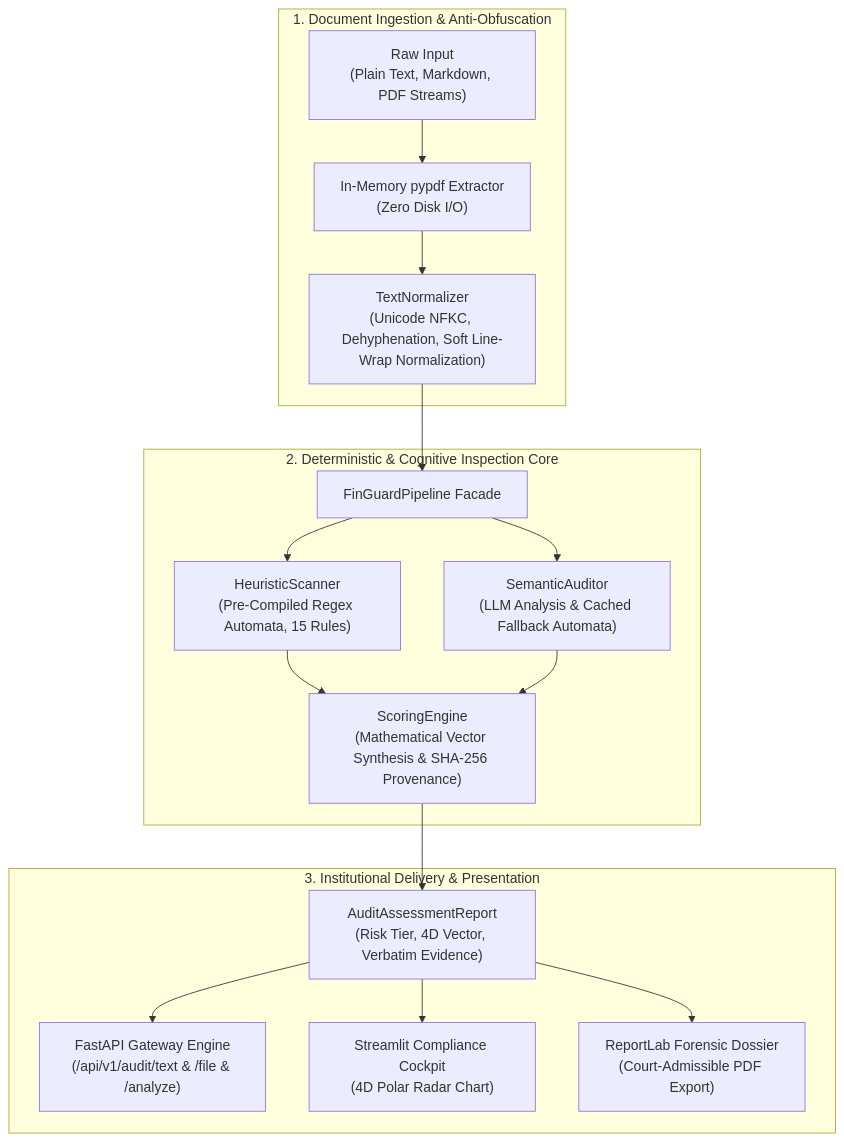
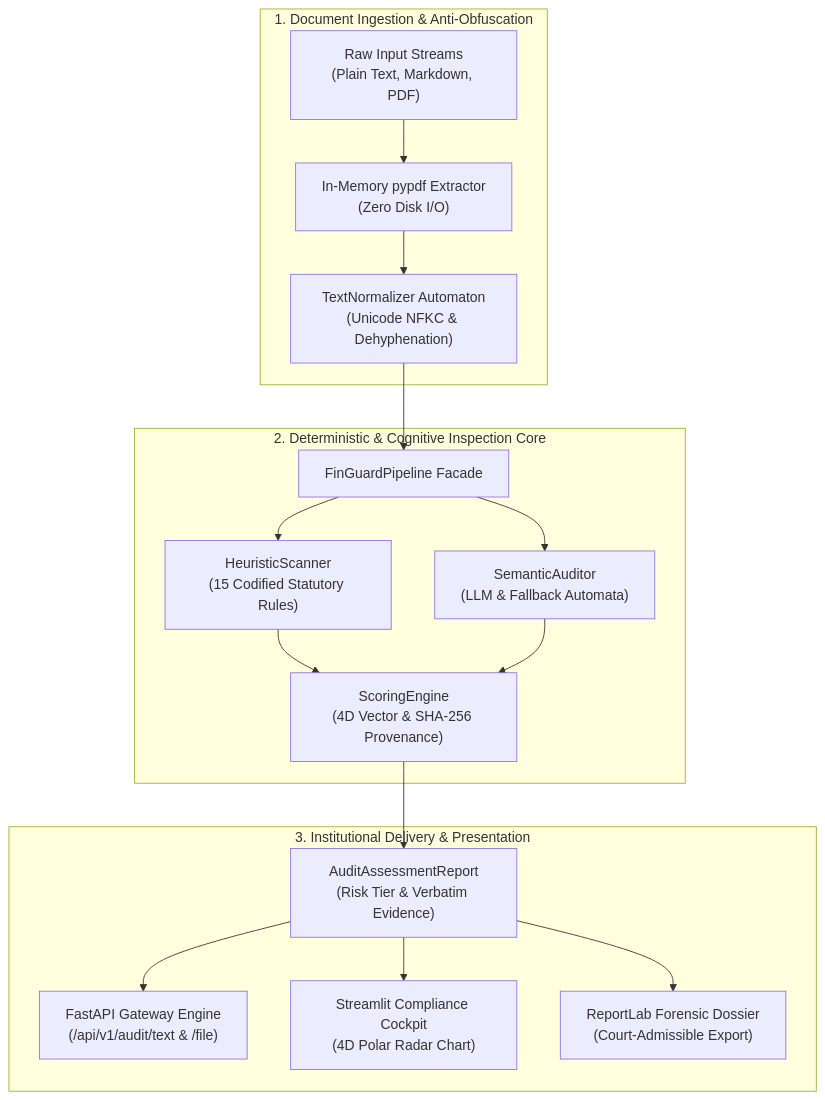
One commit to nnn14092004-cyber/finguard-ai changed the second of 2 diagrams in README.md. Above: the diagram before and after it, drawn with Mermaid. The commit also changed other lines of this file and 1 other file, not shown here.

Commit message:
style(docs): optimize mermaid layout and resolve KaTeX text overflow

````diff
--- a/README.md
+++ b/README.md
@@ -102,30 +102,30 @@
 ```mermaid
 flowchart TD
     subgraph Ingestion_Layer [1. Document Ingestion & Anti-Obfuscation]
-        RAW["Raw Input\n(Plain Text, Markdown, PDF Streams)"]
-        PYPDF["In-Memory pypdf Extractor\n(Zero Disk I/O)"]
-        NORM["TextNormalizer\n(Unicode NFKC, Dehyphenation, Soft Line-Wrap Normalization)"]
+        RAW["Raw Input Streams<br/>(Plain Text, Markdown, PDF)"]
+        PYPDF["In-Memory pypdf Extractor<br/>(Zero Disk I/O)"]
+        NORM["TextNormalizer Automaton<br/>(Unicode NFKC & Dehyphenation)"]
         RAW --> PYPDF --> NORM
     end
 
     subgraph Core_Engine [2. Deterministic & Cognitive Inspection Core]
         PIPE["FinGuardPipeline Facade"]
-        HEUR["HeuristicScanner\n(Pre-Compiled Regex Automata, 15 Rules)"]
-        SEM["SemanticAuditor\n(LLM Analysis & Cached Fallback Automata)"]
-        SCORE["ScoringEngine\n(Mathematical Vector Synthesis & SHA-256 Provenance)"]
+        HEUR["HeuristicScanner<br/>(15 Codified Statutory Rules)"]
+        SEM["SemanticAuditor<br/>(LLM & Fallback Automata)"]
+        SCORE["ScoringEngine<br/>(4D Vector & SHA-256 Provenance)"]
         
         NORM --> PIPE
         PIPE --> HEUR & SEM
         HEUR & SEM --> SCORE
     end
 
     subgraph Delivery_Tier [3. Institutional Delivery & Presentation]
-        REP["AuditAssessmentReport\n(Risk Tier, 4D Vector, Verbatim Evidence)"]
-        API["FastAPI Gateway Engine\n(/api/v1/audit/text & /file & /analyze)"]
-        UI["Streamlit Compliance Cockpit\n(4D Polar Radar Chart)"]
-        PDF["ReportLab Forensic Dossier\n(Court-Admissible PDF Export)"]
+        REP["AuditAssessmentReport<br/>(Risk Tier & Verbatim Evidence)"]
+        API["FastAPI Gateway Engine<br/>(/api/v1/audit/text & /file)"]
+        UI["Streamlit Compliance Cockpit<br/>(4D Polar Radar Chart)"]
+        PDF["ReportLab Forensic Dossier<br/>(Court-Admissible Export)"]
         
         SCORE --> REP
         REP --> API & UI & PDF
     end
 ```
````
